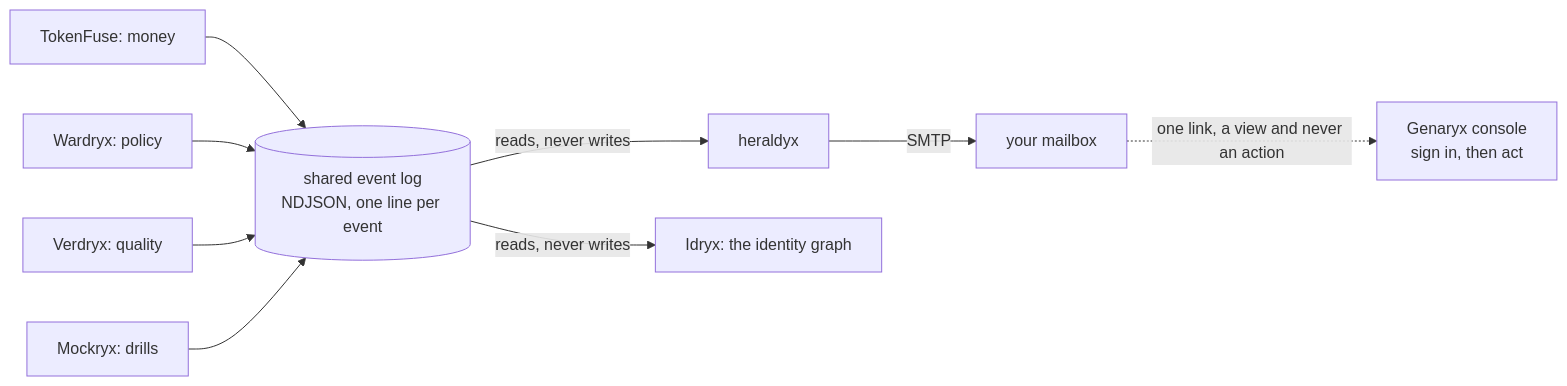
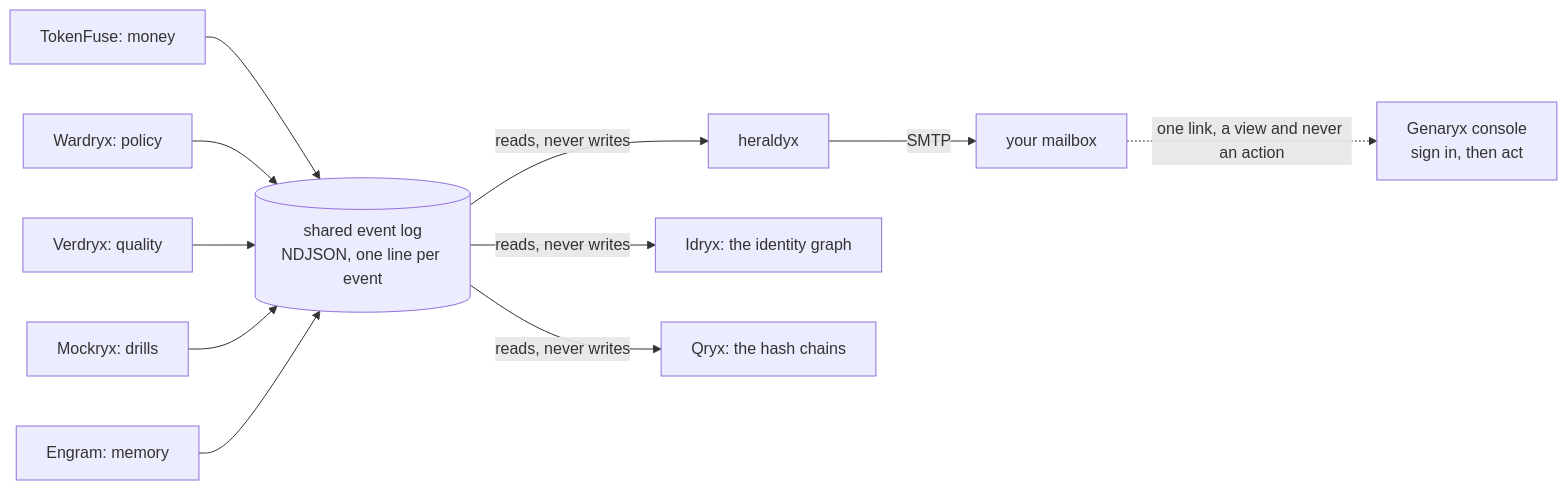
The diagram in README.md (TAIPANBOX/heraldyx), drawn with Mermaid before and after one commit. The commit also changed other lines of this file and 1 other file, not shown here.

First line of the commit message:
docs: the census in this diagram was two short, in three places at once

````diff
--- a/README.md
+++ b/README.md
@@ -40,11 +40,13 @@
 ```mermaid
 flowchart LR
   TF["TokenFuse: money"] --> LOG[("shared event log<br/>NDJSON, one line per event")]
   WX["Wardryx: policy"] --> LOG
   VX["Verdryx: quality"] --> LOG
   MX["Mockryx: drills"] --> LOG
+  ENG["Engram: memory"] --> LOG
   LOG -->|"reads, never writes"| H["heraldyx"]
   LOG -->|"reads, never writes"| ID["Idryx: the identity graph"]
+  LOG -->|"reads, never writes"| QX["Qryx: the hash chains"]
   H -->|"SMTP"| M["your mailbox"]
   M -.->|"one link, a view and never an action"| C["Genaryx console<br/>sign in, then act"]
 ```
````
